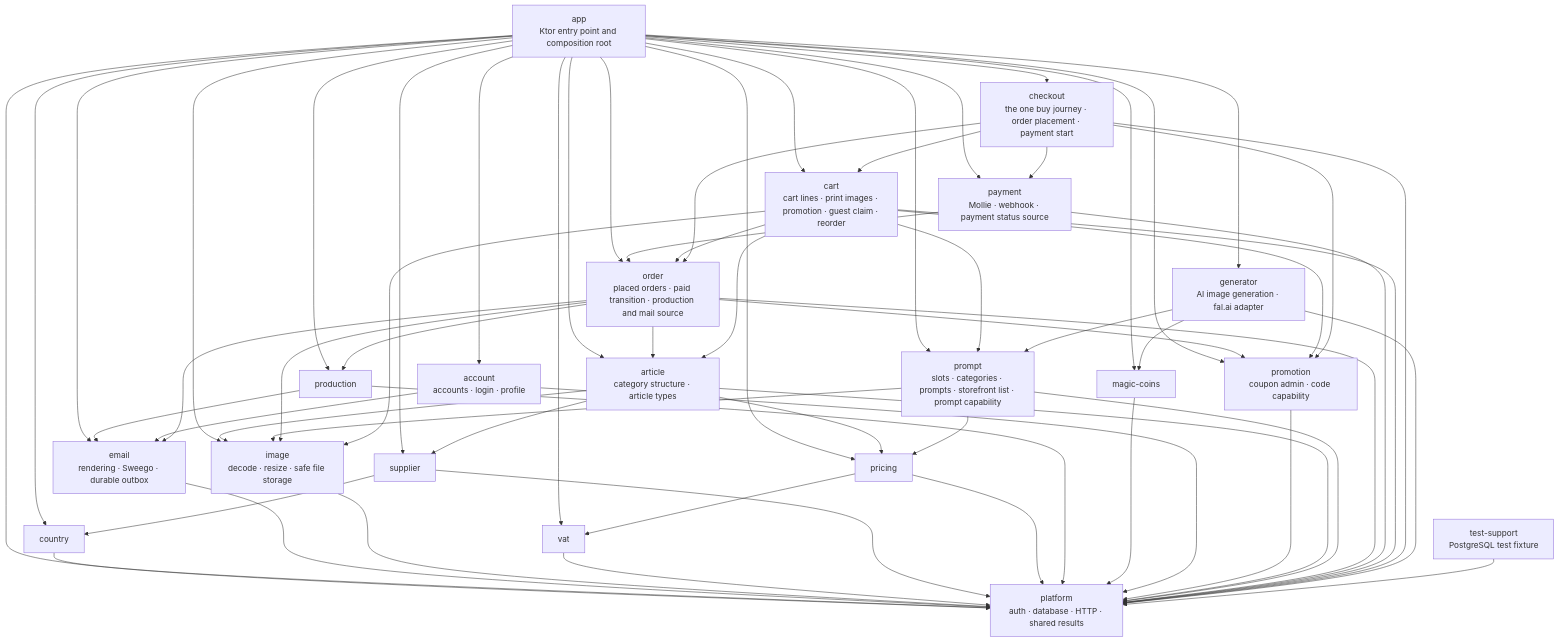
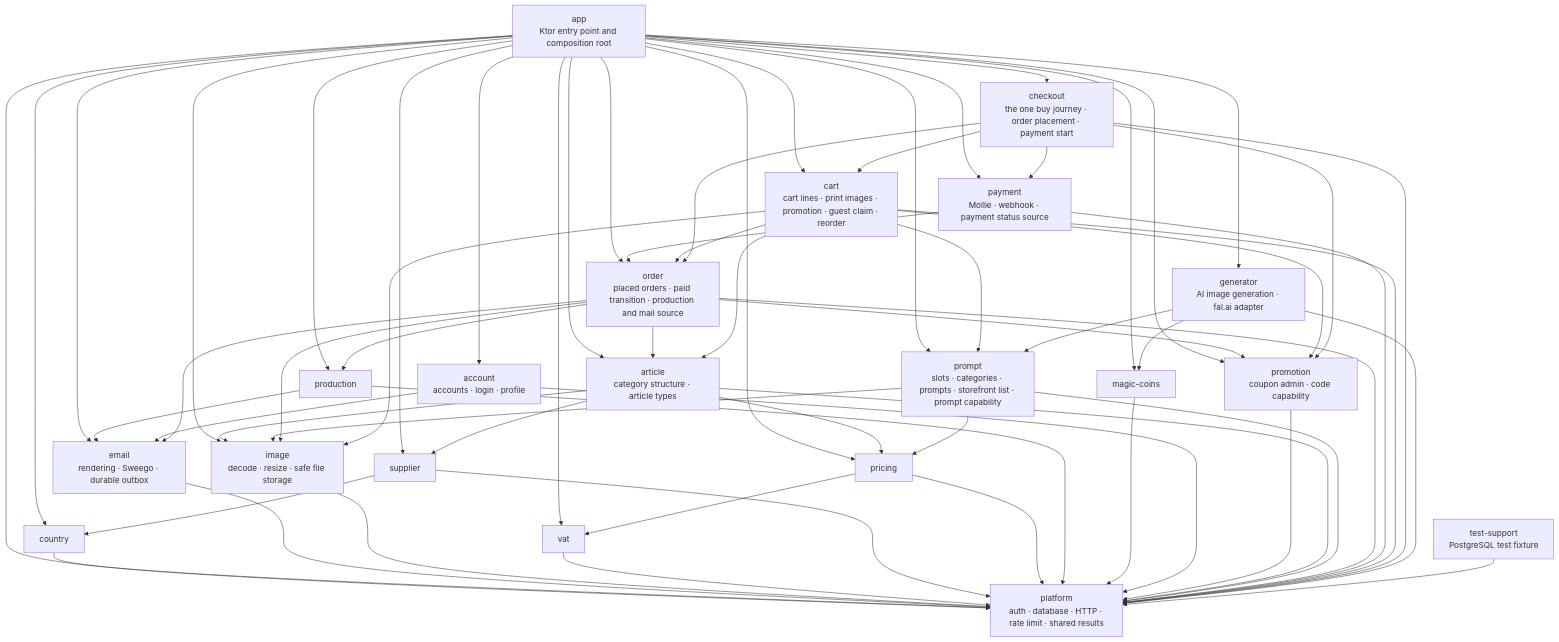
One commit to bitstorm-tech/voenix-shop-kotlin changed the diagram in docs/dev/backend/module-architecture.md. Above: the diagram before and after it, drawn with Mermaid. The commit also changed other lines of this file and 16 other files, not shown here.

First line of the commit message:
Hardening #78: per-IP rate limit on POST /api/generator/generate

````diff
--- a/docs/dev/backend/module-architecture.md
+++ b/docs/dev/backend/module-architecture.md
@@ -34,7 +34,7 @@
 ```mermaid
 flowchart TD
     App["app<br/>Ktor entry point and composition root"]
-    Platform["platform<br/>auth · database · HTTP · shared results"]
+    Platform["platform<br/>auth · database · HTTP · rate limit · shared results"]
     Country["country"]
     Email["email<br/>rendering · Sweego · durable outbox"]
     Image["image<br/>decode · resize · safe file storage"]
````
